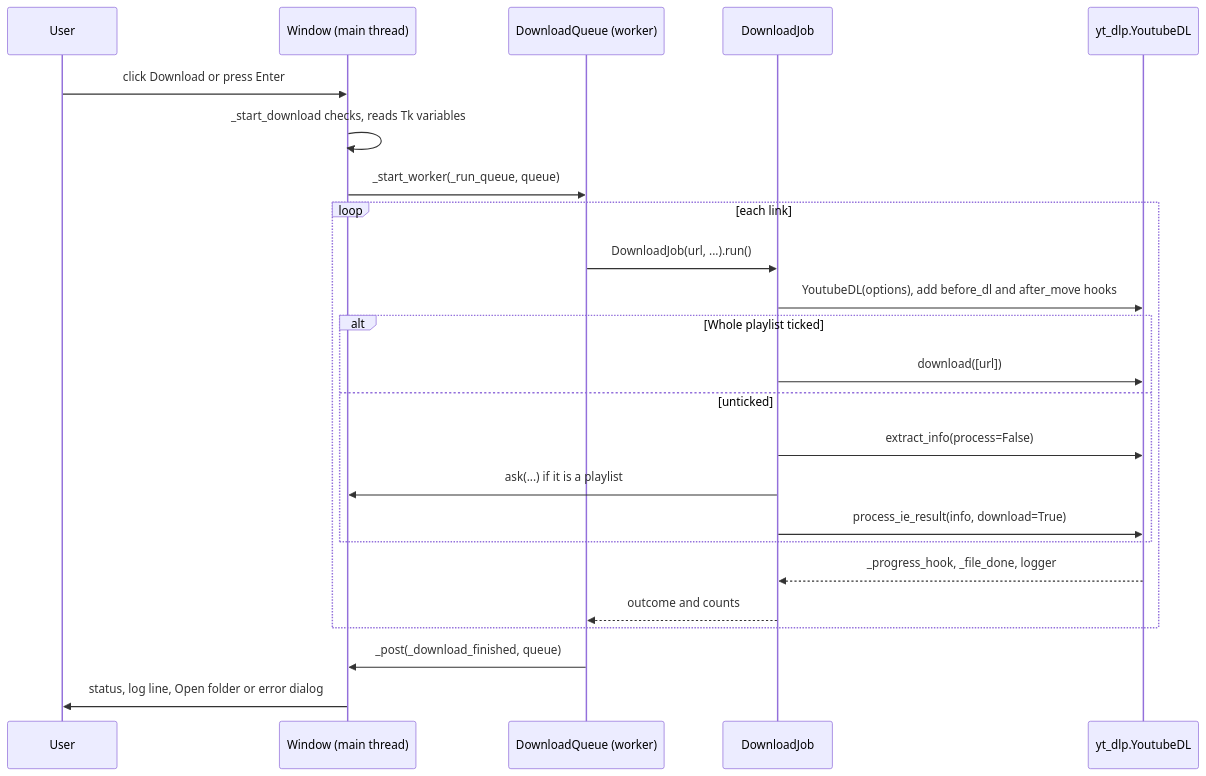
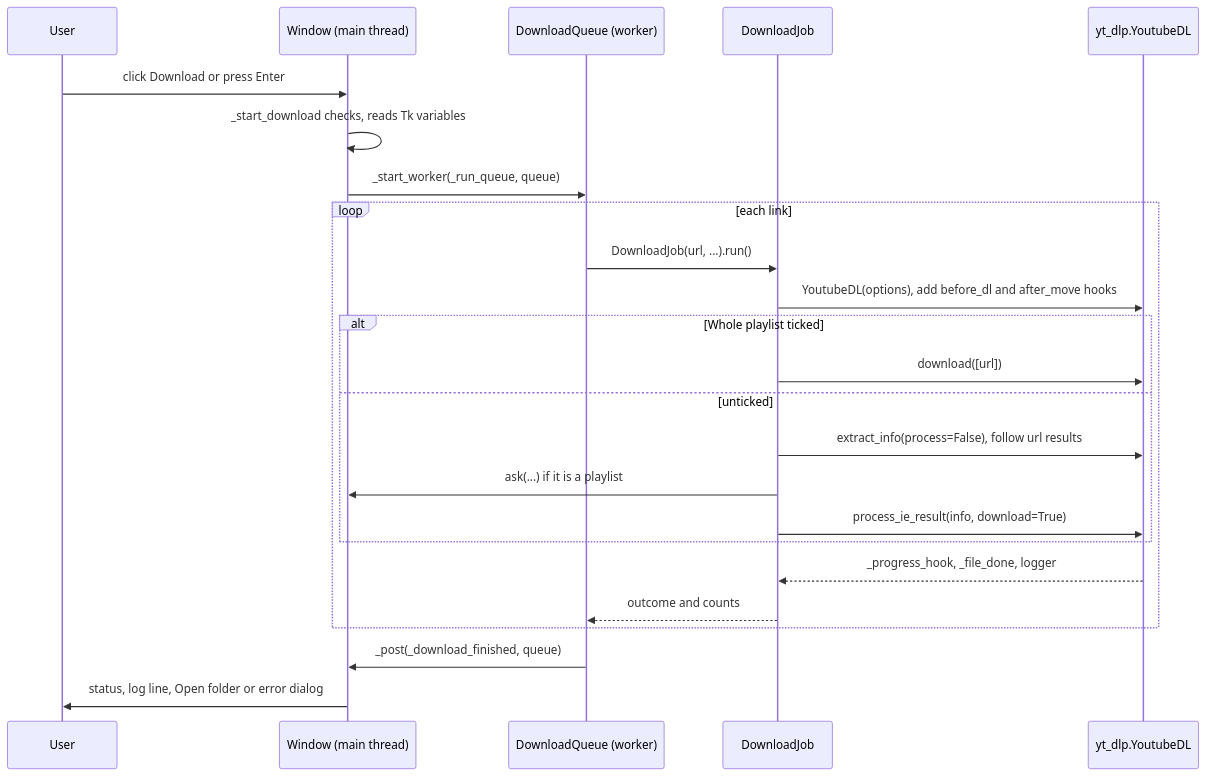
The first of 2 diagrams in docs/wiki/04-download-pipeline.md (lifeupnorth/YouTubeDownloader), drawn with Mermaid before and after one commit. The commit also changed other lines of this file and 10 other files, not shown here.

````diff
--- a/docs/wiki/04-download-pipeline.md
+++ b/docs/wiki/04-download-pipeline.md
@@ -15,26 +15,26 @@
 ```mermaid
 sequenceDiagram
     participant U as User
     participant M as Window (main thread)
     participant Q as DownloadQueue (worker)
     participant J as DownloadJob
     participant Y as yt_dlp.YoutubeDL
     U->>M: click Download or press Enter
     M->>M: _start_download checks, reads Tk variables
     M->>Q: _start_worker(_run_queue, queue)
     loop each link
         Q->>J: DownloadJob(url, ...).run()
         J->>Y: YoutubeDL(options), add before_dl and after_move hooks
         alt Whole playlist ticked
             J->>Y: download([url])
         else unticked
-            J->>Y: extract_info(process=False)
+            J->>Y: extract_info(process=False), follow url results
             J->>M: ask(...) if it is a playlist
             J->>Y: process_ie_result(info, download=True)
         end
         Y-->>J: _progress_hook, _file_done, logger
         J-->>Q: outcome and counts
     end
     Q->>M: _post(_download_finished, queue)
     M->>U: status, log line, Open folder or error dialog
 ```
````
